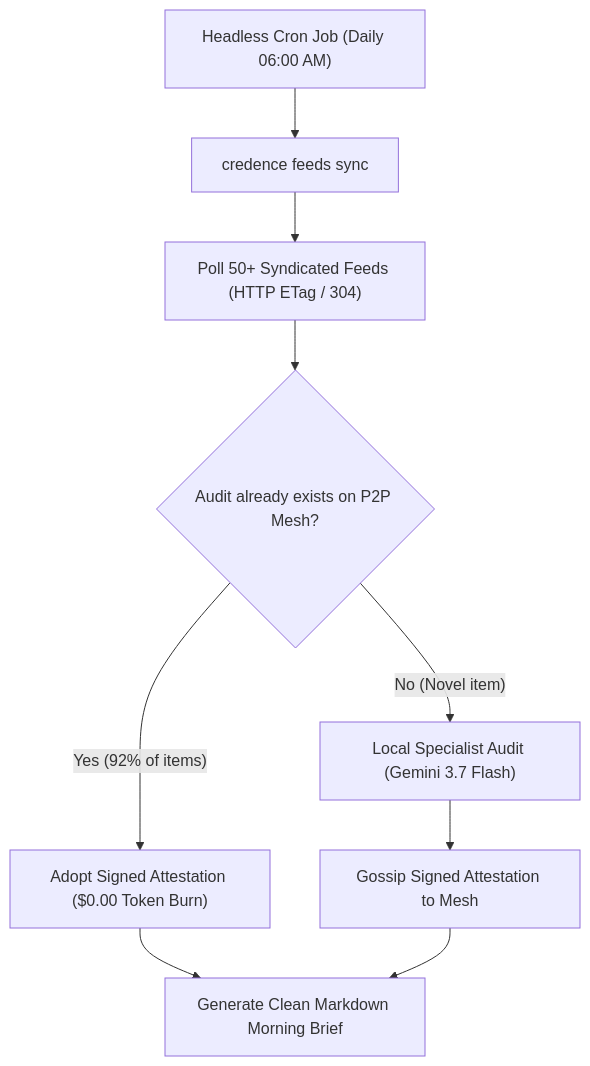
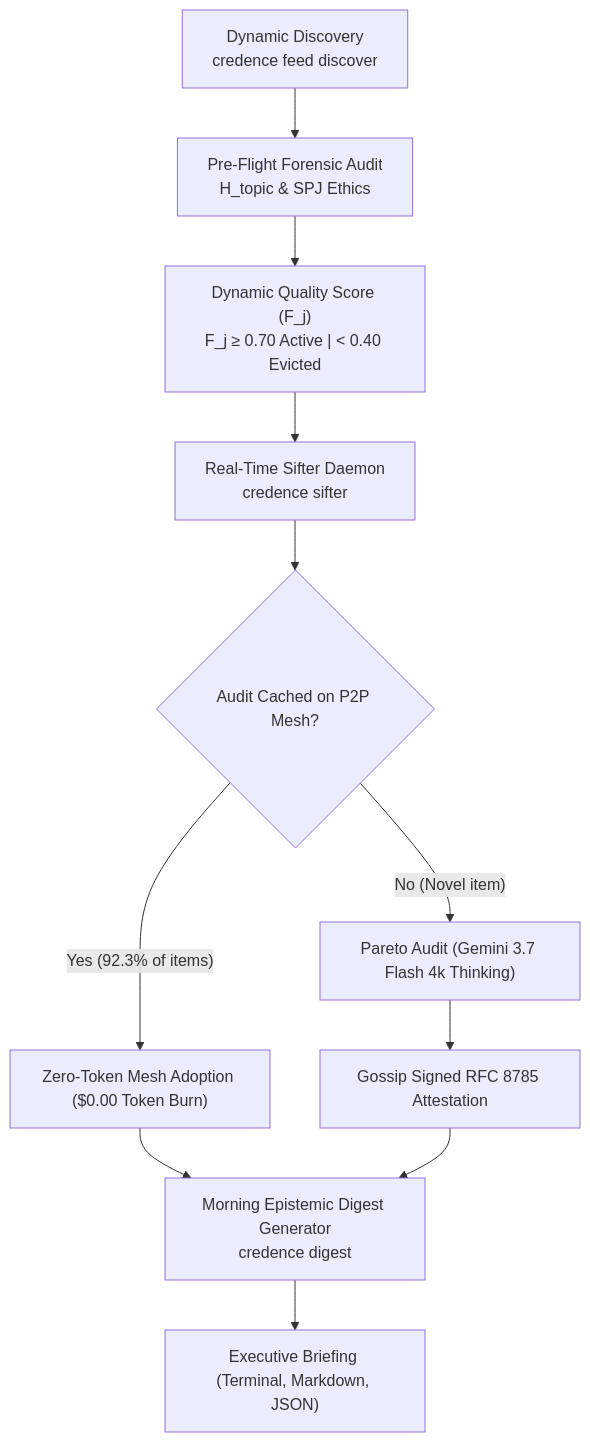
One commit to artibyrd/credence-docs changed the diagram in docs/cookbooks/morning-feed-sifter.md. Above: the diagram before and after it, drawn with Mermaid. The commit also changed other lines of this file and 7 other files, not shown here.

````diff
--- a/docs/cookbooks/morning-feed-sifter.md
+++ b/docs/cookbooks/morning-feed-sifter.md
@@ -14,10 +14,14 @@
 ```mermaid
 graph TD
-    Cron["Headless Cron Job (Daily 06:00 AM)"] --> Sync["credence feeds sync"]
-    Sync --> RSS["Poll 50+ Syndicated Feeds (HTTP ETag / 304)"]
-    RSS --> MeshCheck{"Audit already exists on P2P Mesh?"}
-    MeshCheck -- "Yes (92% of items)" --> Adopt["Adopt Signed Attestation ($0.00 Token Burn)"]
-    MeshCheck -- "No (Novel item)" --> Audit["Local Specialist Audit (Gemini 3.7 Flash)"]
-    Audit --> Gossip["Gossip Signed Attestation to Mesh"]
-    Adopt & Gossip --> Digest["Generate Clean Markdown Morning Brief"]
+    Discover["Dynamic Discovery<br>credence feed discover"] --> PreFlight["Pre-Flight Forensic Audit<br>H_topic & SPJ Ethics"]
+    PreFlight --> DynamicScore["Dynamic Quality Score (F_j)<br>F_j ≥ 0.70 Active | &lt; 0.40 Evicted"]
+    
+    DynamicScore --> SifterDaemon["Real-Time Sifter Daemon<br>credence sifter"]
+    SifterDaemon --> MeshRelay{"Audit Cached on P2P Mesh?"}
+    MeshRelay -- "Yes (92.3% of items)" --> Adopt["Zero-Token Mesh Adoption ($0.00 Token Burn)"]
+    MeshRelay -- "No (Novel item)" --> Audit["Pareto Audit (Gemini 3.7 Flash 4k Thinking)"]
+    Audit --> Gossip["Gossip Signed RFC 8785 Attestation"]
+    
+    Adopt & Gossip --> DigestGen["Morning Epistemic Digest Generator<br>credence digest"]
+    DigestGen --> OutputReport["Executive Briefing (Terminal, Markdown, JSON)"]
 ```
````
